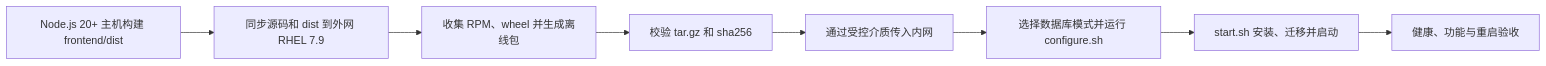
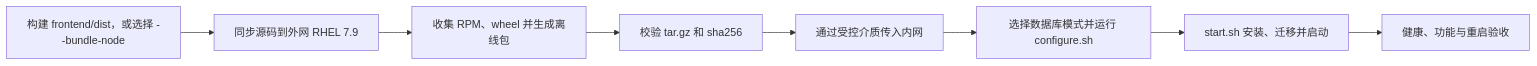
One commit to k1ngr4m/OpenSLT changed the diagram in deploy/offline/README-OFFLINE.md. Above: the diagram before and after it, drawn with Mermaid. The commit also changed other lines of this file and 52 other files, not shown here.

````diff
--- a/deploy/offline/README-OFFLINE.md
+++ b/deploy/offline/README-OFFLINE.md
@@ -34,10 +35,10 @@
 ```mermaid
 flowchart LR
-    Build["Node.js 20+ 主机构建 frontend/dist"] --> Sync["同步源码和 dist 到外网 RHEL 7.9"]
+    Build["构建 frontend/dist，或选择 --bundle-node"] --> Sync["同步源码到外网 RHEL 7.9"]
     Sync --> Package["收集 RPM、wheel 并生成离线包"]
     Package --> Verify1["校验 tar.gz 和 sha256"]
     Verify1 --> Transfer["通过受控介质传入内网"]
     Transfer --> Configure["选择数据库模式并运行 configure.sh"]
     Configure --> Start["start.sh 安装、迁移并启动"]
     Start --> Accept["健康、功能与重启验收"]
 ```
````
